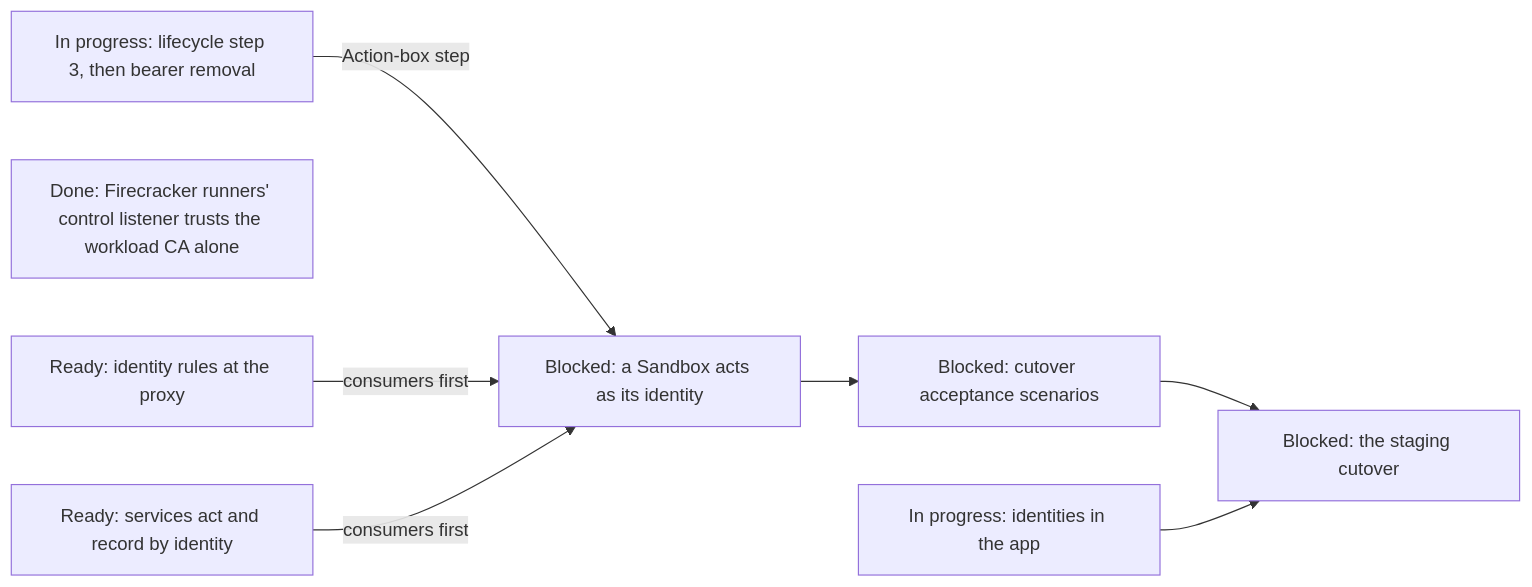
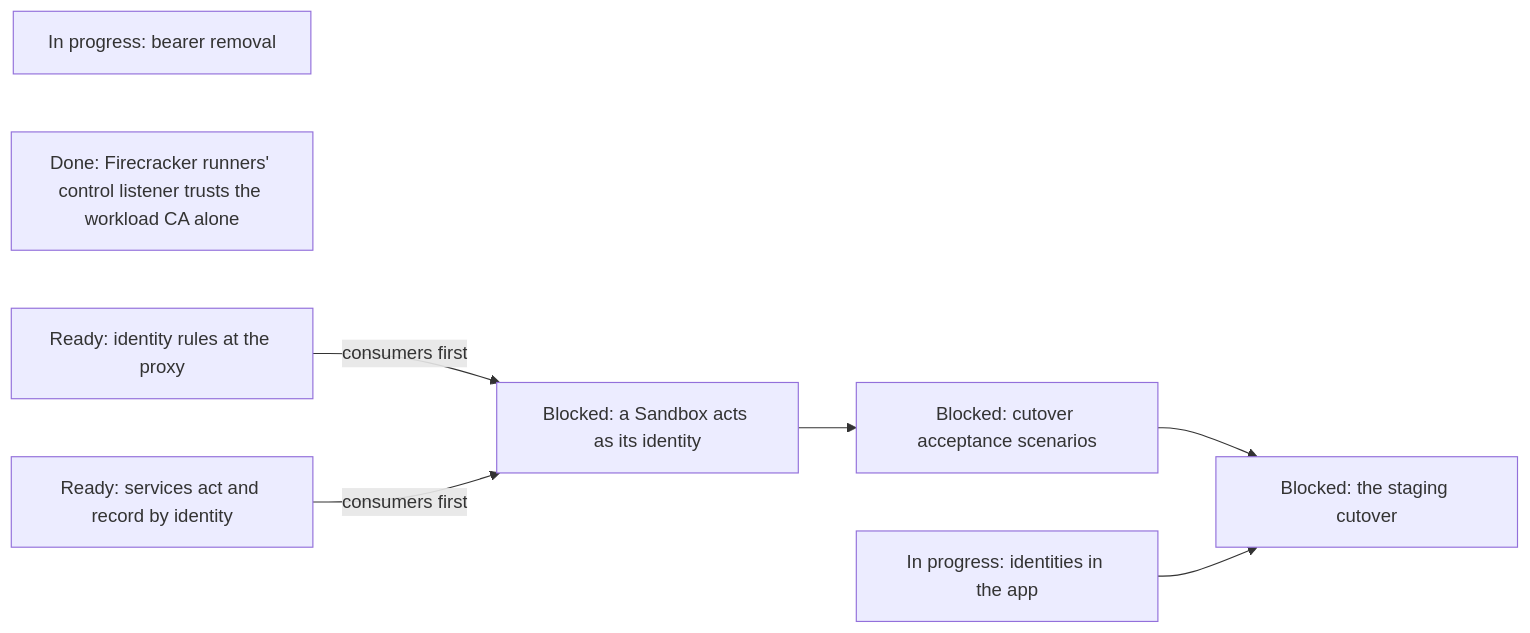
Diagram 17 of 19 in agentplane/plans/task_dag.md (agentydragon/ducktape), drawn with Mermaid before and after one commit. The commit also changed other lines of this file and 20 other files, not shown here.

````diff
--- a/agentplane/plans/task_dag.md
+++ b/agentplane/plans/task_dag.md
@@ -3017,14 +3017,14 @@
 ```mermaid
 flowchart LR
-    WORKLOAD_AUTH_CUTOVER[In progress: lifecycle step 3, then bearer removal]
+    WORKLOAD_AUTH_CUTOVER[In progress: bearer removal]
     APP_IDENTITIES_UI[In progress: identities in the app]
     WORKLOAD_CA_CLIENT_TRUST[Done: Firecracker runners' control listener trusts the workload CA alone]
     EGRESS_IDENTITY_RULES[Ready: identity rules at the proxy]
     SERVICES_IDENTITY_PRINCIPAL[Ready: services act and record by identity]
-    WORKLOAD_AUTH_CUTOVER -->|Action-box step| SANDBOX_IDENTITY_SPEC[Blocked: a Sandbox acts as its identity]
+    SANDBOX_IDENTITY_SPEC[Blocked: a Sandbox acts as its identity]
     EGRESS_IDENTITY_RULES -->|consumers first| SANDBOX_IDENTITY_SPEC
     SERVICES_IDENTITY_PRINCIPAL -->|consumers first| SANDBOX_IDENTITY_SPEC
     SANDBOX_IDENTITY_SPEC --> IDENTITY_SYSTEM_TESTS[Blocked: cutover acceptance scenarios]
     IDENTITY_SYSTEM_TESTS --> IDENTITY_CUTOVER[Blocked: the staging cutover]
     APP_IDENTITIES_UI --> IDENTITY_CUTOVER
 ```
````
